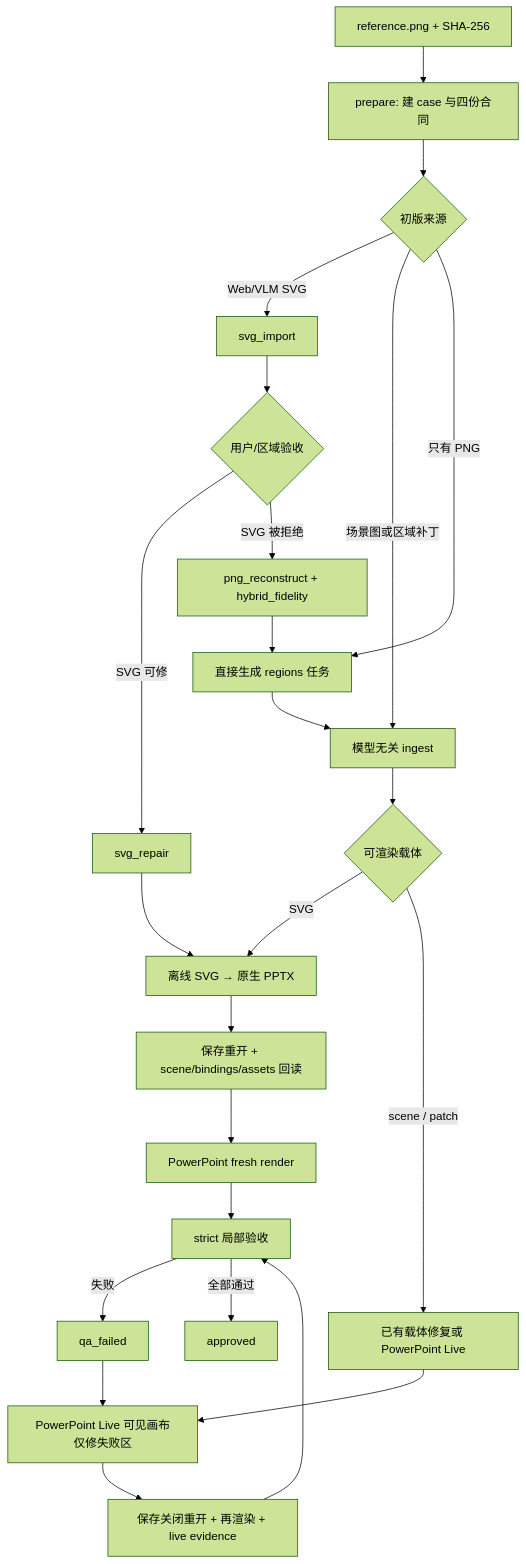
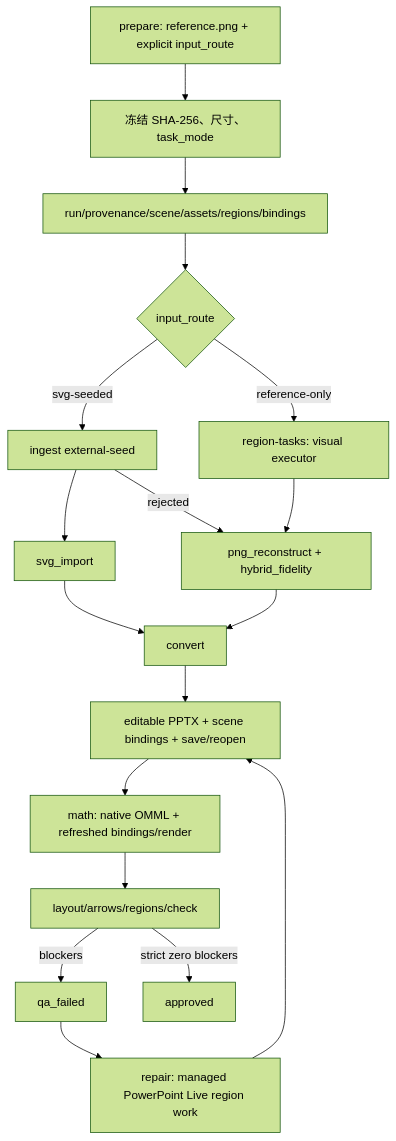
One commit to let778750-cpu/autofigure changed the diagram in PROJECT_ARCHITECTURE.md. Above: the diagram before and after it, drawn with Mermaid (forest theme). The commit also changed other lines of this file and 246 other files, not shown here.

````diff
--- a/PROJECT_ARCHITECTURE.md
+++ b/PROJECT_ARCHITECTURE.md
@@ -13,26 +21,20 @@
 ```mermaid
 flowchart TD
-    A[reference.png + SHA-256] --> B[prepare: 建 case 与四份合同]
-    B --> C{初版来源}
-    C -->|Web/VLM SVG| D[svg_import]
-    C -->|场景图或区域补丁| E[模型无关 ingest]
-    C -->|只有 PNG| J[直接生成 regions 任务]
-    D --> F{用户/区域验收}
-    F -->|SVG 可修| G[svg_repair]
-    F -->|SVG 被拒绝| H[png_reconstruct + hybrid_fidelity]
-    G --> I[离线 SVG → 原生 PPTX]
-    H --> J
-    J --> E
-    E --> R{可渲染载体}
-    R -->|SVG| I
-    R -->|scene / patch| S[已有载体修复或 PowerPoint Live]
-    S --> O
-    I --> K[保存重开 + scene/bindings/assets 回读]
-    K --> L[PowerPoint fresh render]
-    L --> M[strict 局部验收]
-    M -->|失败| N[qa_failed]
-    N --> O[PowerPoint Live 可见画布仅修失败区]
-    O --> P[保存关闭重开 + 再渲染 + live evidence]
-    P --> M
-    M -->|全部通过| Q[approved]
+    A[prepare: reference.png + explicit input_route] --> B[冻结 SHA-256、尺寸、task_mode]
+    B --> C[run/provenance/scene/assets/regions/bindings]
+    C --> D{input_route}
+    D -->|svg-seeded| E[ingest external-seed]
+    D -->|reference-only| F[region-tasks: visual executor]
+    E --> G[svg_import]
+    E -->|rejected| H[png_reconstruct + hybrid_fidelity]
+    F --> H
+    G --> I[convert]
+    H --> I
+    I --> J[editable PPTX + scene bindings + save/reopen]
+    J --> K[math: native OMML + refreshed bindings/render]
+    K --> L[layout/arrows/regions/check]
+    L -->|blockers| M[qa_failed]
+    M --> N[repair: managed PowerPoint Live region work]
+    N --> J
+    L -->|strict zero blockers| O[approved]
 ```
````
